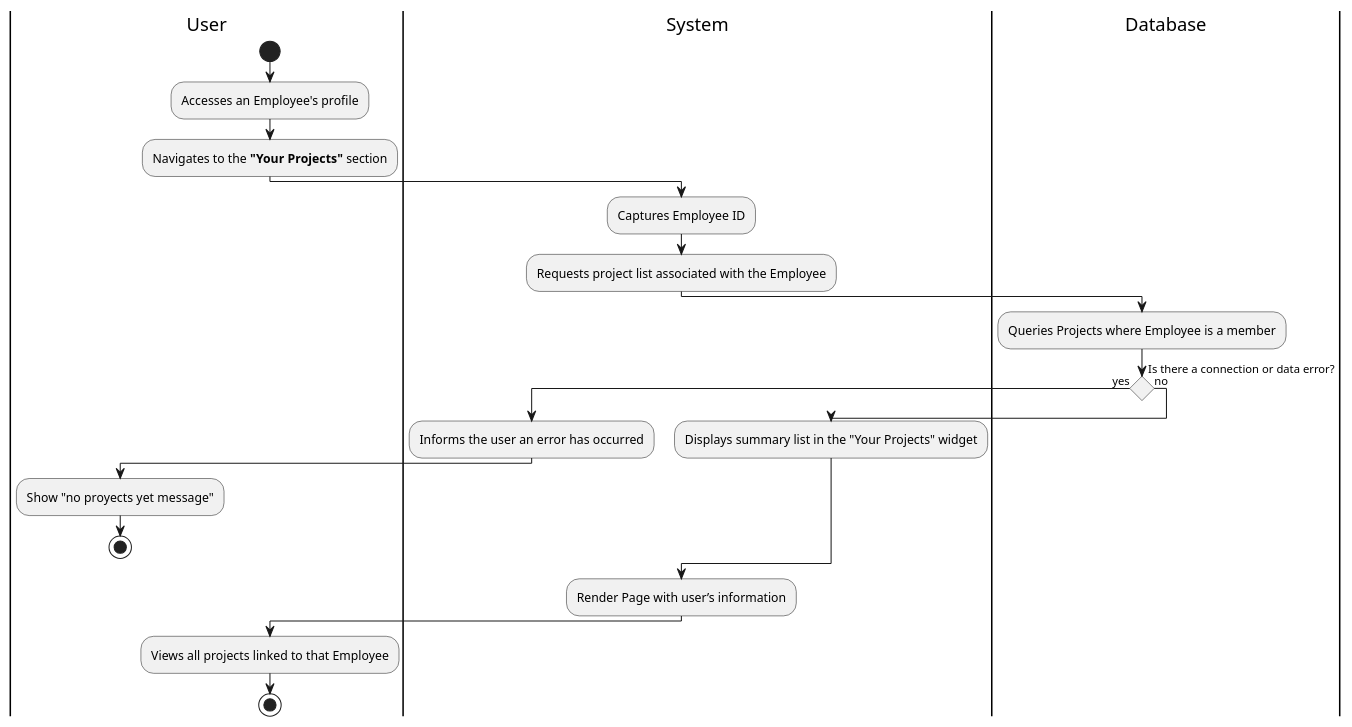
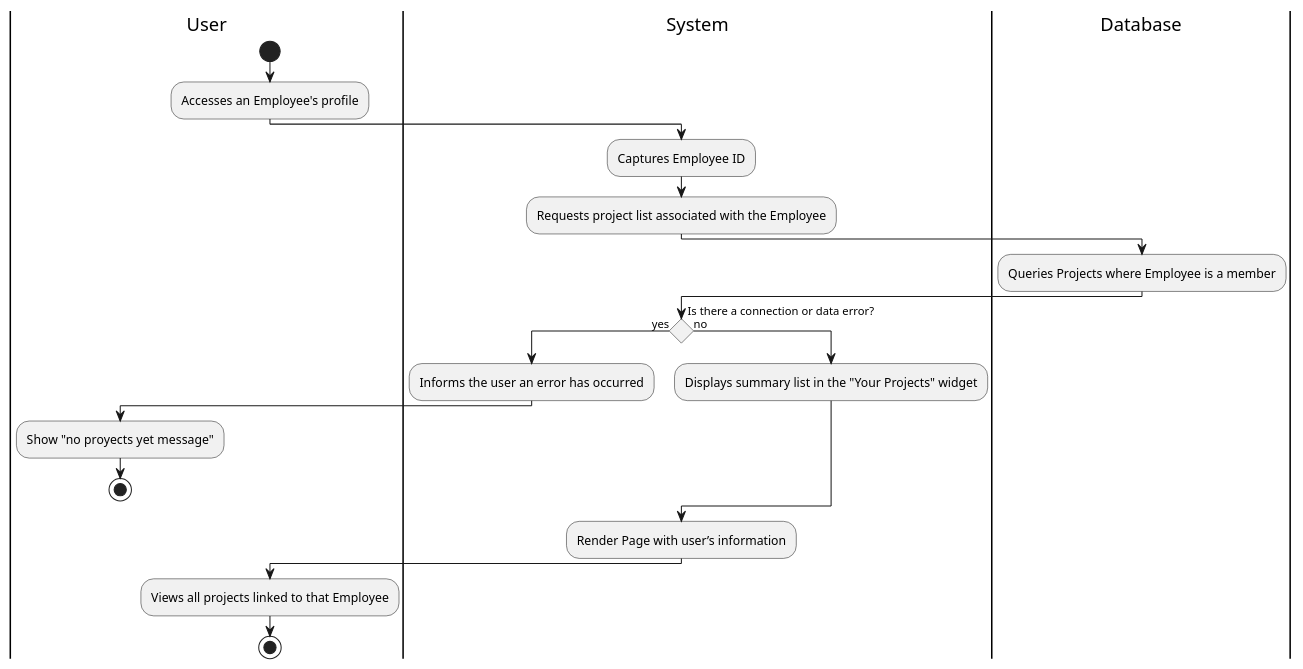
One commit to Berthou05/LimboSoftwareDevelopment_Change.org changed the diagram in documentation/activity_diagrams/EMP-05-ActivityDiagram.puml. Above: the diagram before and after it, drawn with PlantUML. The commit also changed 5 other files, not shown here.

```diff
--- a/documentation/activity_diagrams/EMP-05-ActivityDiagram.puml
+++ b/documentation/activity_diagrams/EMP-05-ActivityDiagram.puml
@@ -1,33 +1,33 @@
 @startuml
 skinparam conditionStyle diamond
 
 |User|
 start
 :Accesses an Employee's profile;
-:Navigates to the **"Your Projects"** section;
 
 |System|
 :Captures Employee ID;
 :Requests project list associated with the Employee;
 
 |Database|
 :Queries Projects where Employee is a member;
+|System|
 if (Is there a connection or data error?) then (yes)
     |System|
     :Informs the user an error has occurred;
     |User|
     :Show "no proyects yet message";
     stop
 else (no)
     |System|
     :Displays summary list in the "Your Projects" widget;
 endif
 
 |System|
 :Render Page with user’s information;
 
 |User|
 :Views all projects linked to that Employee;
 
 stop
 @enduml
```
